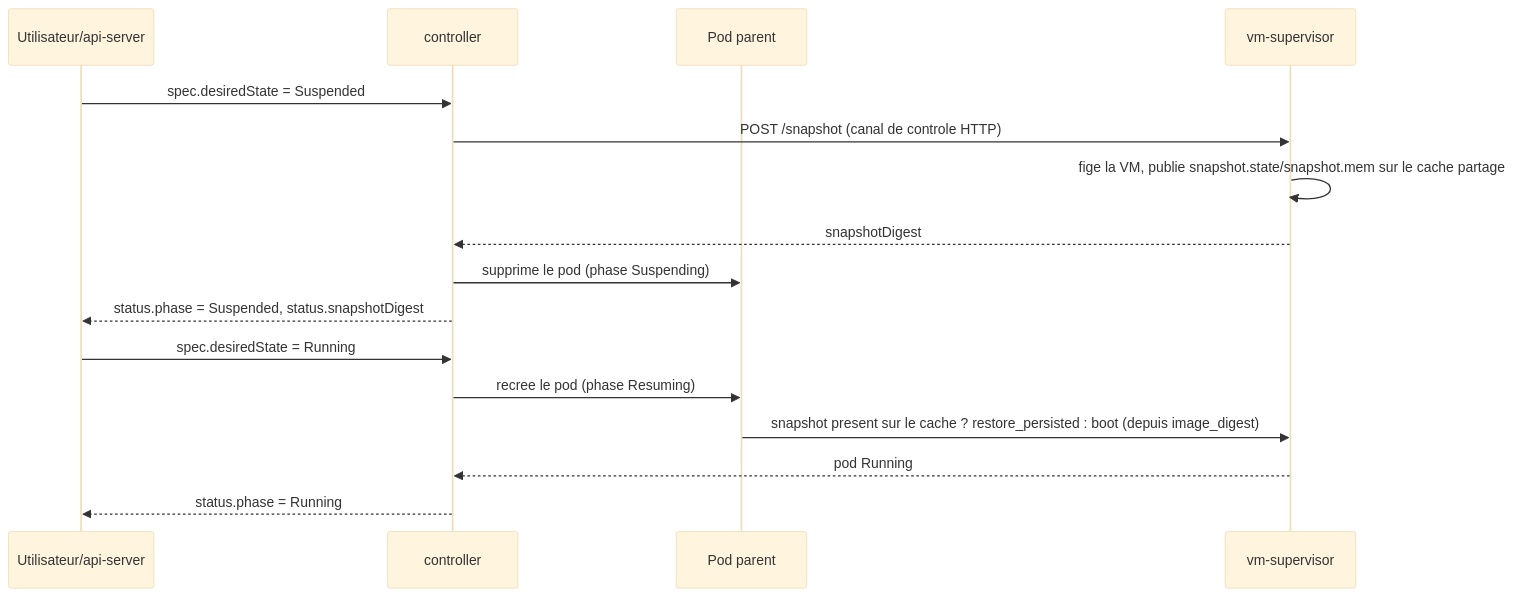
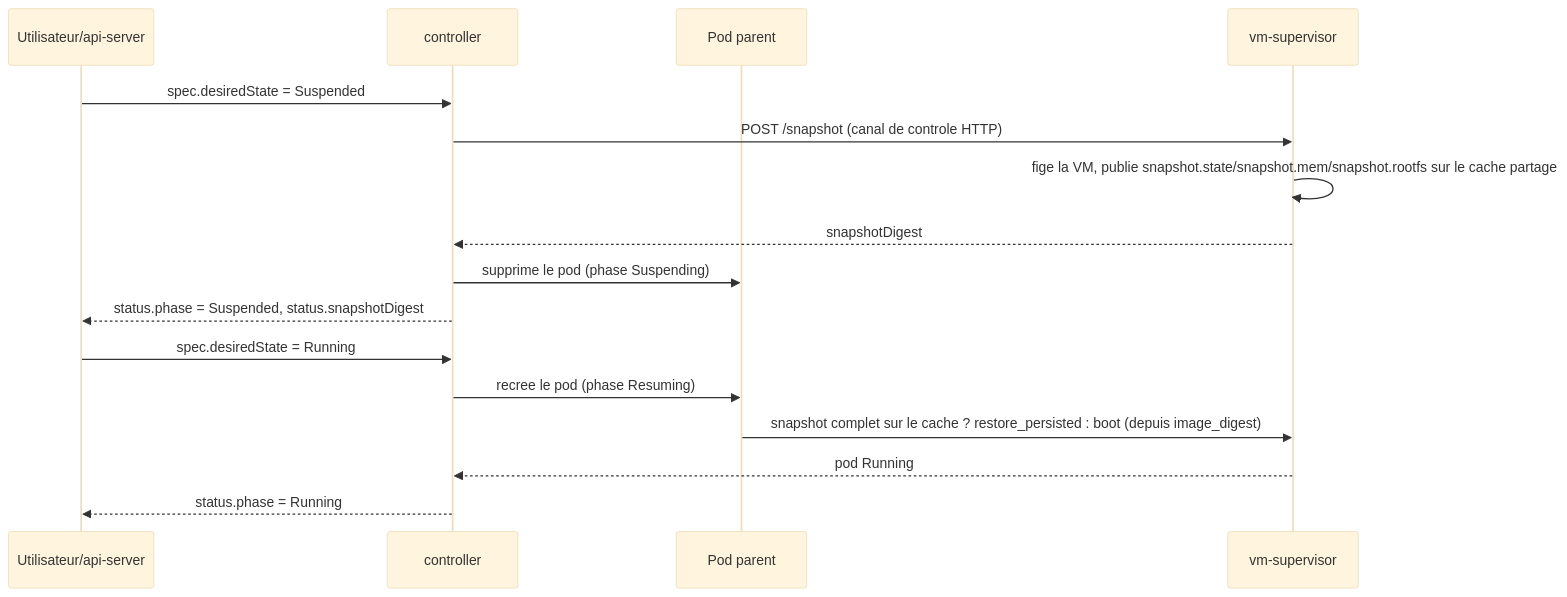
One commit to PhilippeVienne/atelier changed the diagram in docs/architecture/snapshot-restore.md. Above: the diagram before and after it, drawn with Mermaid (base theme). The commit also changed other lines of this file and 11 other files, not shown here.

````diff
--- a/docs/architecture/snapshot-restore.md
+++ b/docs/architecture/snapshot-restore.md
@@ -14,20 +14,20 @@
 ```mermaid
 sequenceDiagram
     participant U as Utilisateur/api-server
     participant C as controller
     participant P as Pod parent
     participant VM as vm-supervisor
 
     U->>C: spec.desiredState = Suspended
     C->>VM: POST /snapshot (canal de controle HTTP)
-    VM->>VM: fige la VM, publie snapshot.state/snapshot.mem sur le cache partage
+    VM->>VM: fige la VM, publie snapshot.state/snapshot.mem/snapshot.rootfs sur le cache partage
     VM-->>C: snapshotDigest
     C->>P: supprime le pod (phase Suspending)
     C-->>U: status.phase = Suspended, status.snapshotDigest
 
     U->>C: spec.desiredState = Running
     C->>P: recree le pod (phase Resuming)
-    P->>VM: snapshot present sur le cache ? restore_persisted : boot (depuis image_digest)
+    P->>VM: snapshot complet sur le cache ? restore_persisted : boot (depuis image_digest)
     VM-->>C: pod Running
     C-->>U: status.phase = Running
 ```
````
